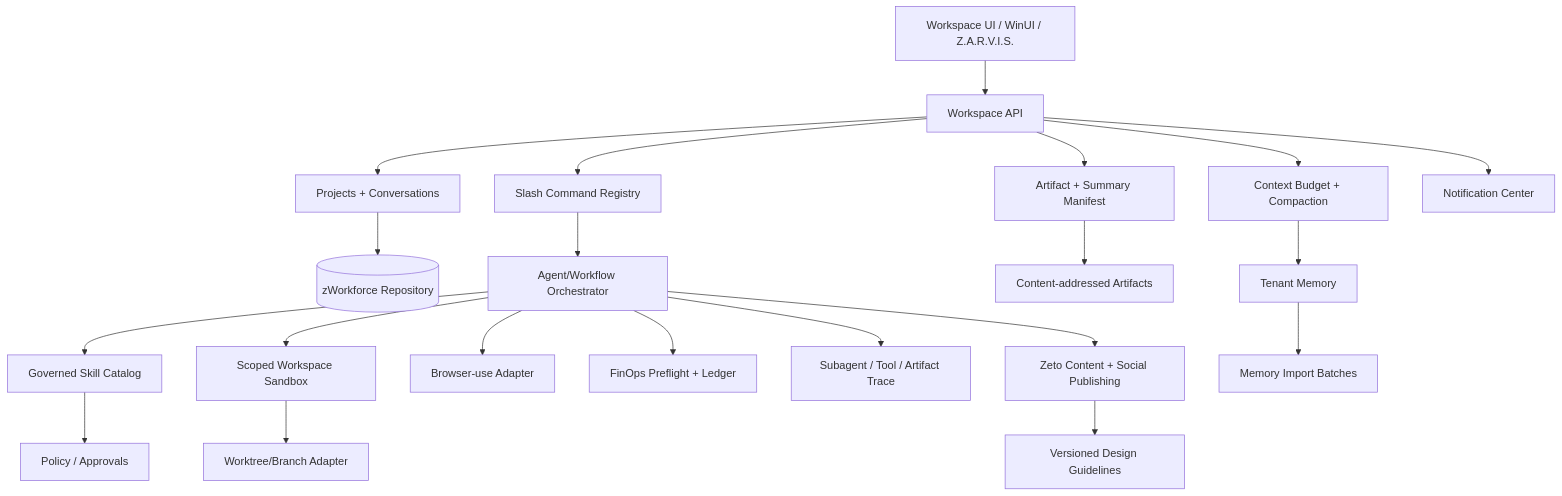
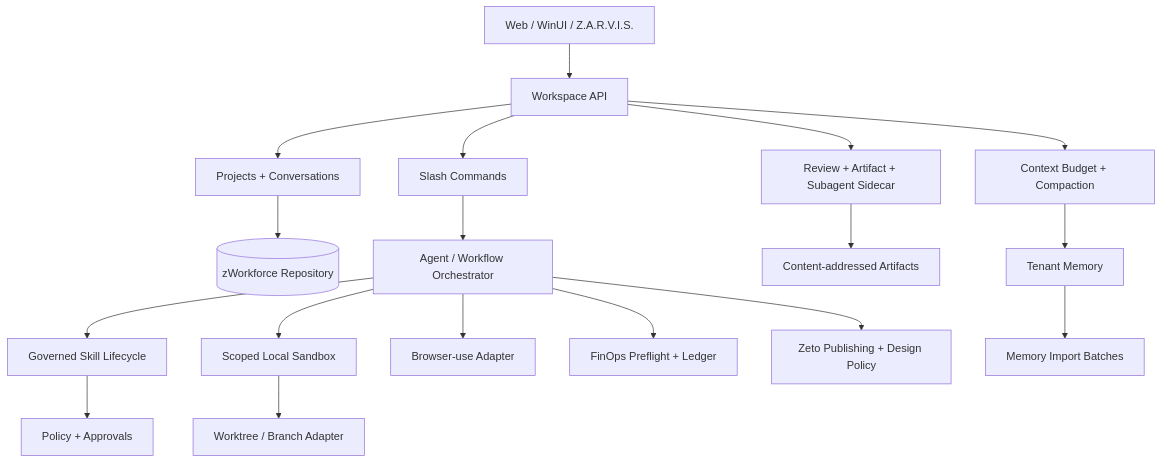
Before and after one commit to cvsz/zWorkforce: the diagram in docs/SKYWORK-CHANGELOG-REVERSE-ENGINEERING.md, drawn with Mermaid. The commit also changed other lines of this file, not shown here.

````diff
--- a/docs/SKYWORK-CHANGELOG-REVERSE-ENGINEERING.md
+++ b/docs/SKYWORK-CHANGELOG-REVERSE-ENGINEERING.md
@@ -74,26 +67,20 @@
 ```mermaid
 flowchart TB
-  UI[Workspace UI / WinUI / Z.A.R.V.I.S.] --> WAPI[Workspace API]
+  UI[Web / WinUI / Z.A.R.V.I.S.] --> WAPI[Workspace API]
   WAPI --> PROJ[Projects + Conversations]
   WAPI --> CTX[Context Budget + Compaction]
-  WAPI --> ART[Artifact + Summary Manifest]
-  WAPI --> CMD[Slash Command Registry]
-  WAPI --> NOTIFY[Notification Center]
-
+  WAPI --> SIDE[Review + Artifact + Subagent Sidecar]
+  WAPI --> CMD[Slash Commands]
   PROJ --> DB[(zWorkforce Repository)]
   CTX --> MEM[Tenant Memory]
-  ART --> STORE[Content-addressed Artifacts]
-
-  CMD --> ORCH[Agent/Workflow Orchestrator]
-  ORCH --> SKILLS[Governed Skill Catalog]
-  SKILLS --> POLICY[Policy / Approvals]
-  ORCH --> SANDBOX[Scoped Workspace Sandbox]
-  SANDBOX --> GIT[Worktree/Branch Adapter]
+  SIDE --> ART[Content-addressed Artifacts]
+  CMD --> ORCH[Agent / Workflow Orchestrator]
+  ORCH --> SKILL[Governed Skill Lifecycle]
+  SKILL --> POLICY[Policy + Approvals]
+  ORCH --> SANDBOX[Scoped Local Sandbox]
+  SANDBOX --> GIT[Worktree / Branch Adapter]
   ORCH --> ZIDER[Browser-use Adapter]
-
   ORCH --> COST[FinOps Preflight + Ledger]
-  ORCH --> TRACE[Subagent / Tool / Artifact Trace]
-  ORCH --> ZETO[Zeto Content + Social Publishing]
-  ZETO --> GUIDE[Versioned Design Guidelines]
+  ORCH --> ZETO[Zeto Publishing + Design Policy]
   MEM --> IMPORT[Memory Import Batches]
 ```
````
